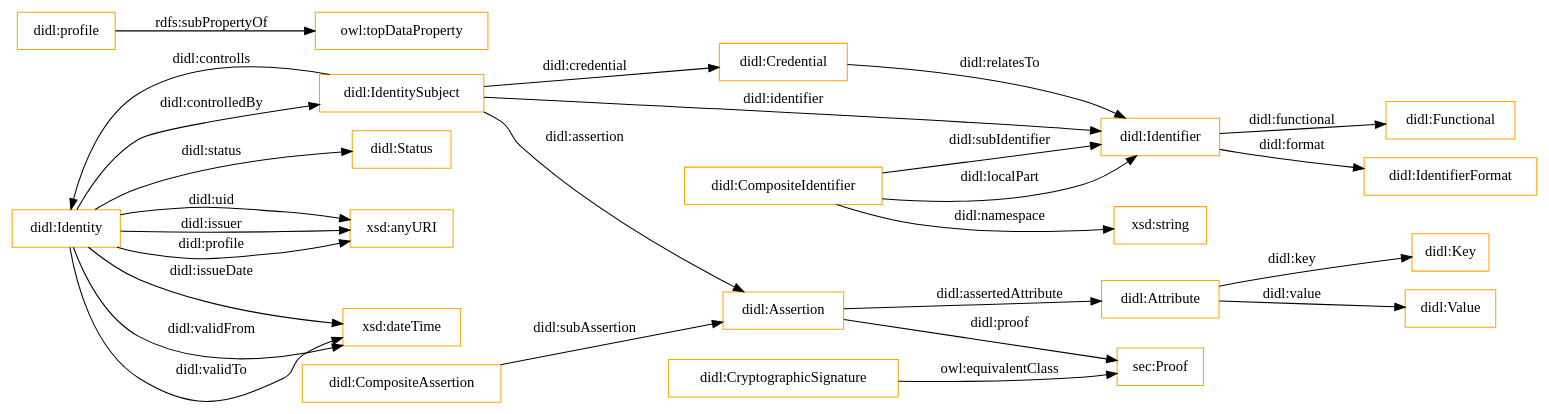
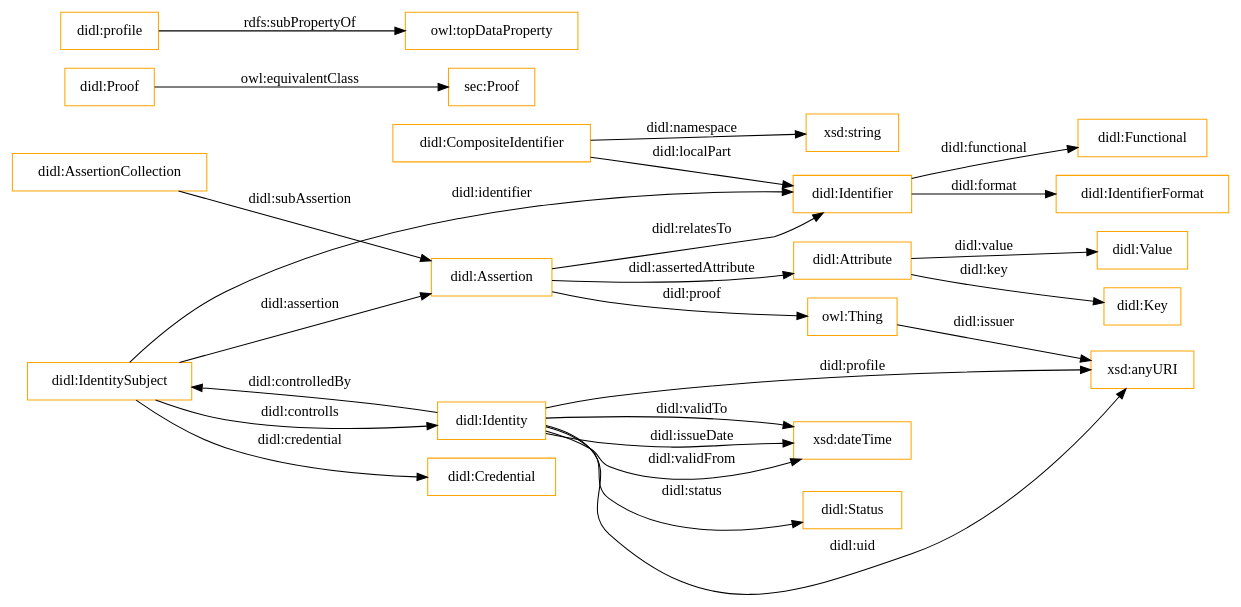
One commit to jiahang-chen/didl changed the diagram in OnToology/didl.ttl/diagrams/ar2dtool-class/didl.ttl.png.dot. Above: the diagram before and after it, drawn with Graphviz. The commit also changed 12 other files, not shown here.

```diff
--- a/OnToology/didl.ttl/diagrams/ar2dtool-class/didl.ttl.png.dot
+++ b/OnToology/didl.ttl/diagrams/ar2dtool-class/didl.ttl.png.dot
@@ -1,31 +1,30 @@
 digraph ar2dtool_diagram { 
 rankdir=LR;
 size="1501"
-node [shape = rectangle, color="orange"]; "didl:Identity" "sec:Proof" "didl:Identifier" "didl:CompositeAssertion" "didl:Functional" "didl:CompositeIdentifier" "didl:Key" "didl:IdentitySubject" "didl:Status" "didl:Assertion" "didl:Attribute" "didl:CryptographicSignature" "didl:Credential" "didl:IdentifierFormat" "didl:Value" ; /*classes style*/
-	"didl:CryptographicSignature" -> "sec:Proof" [ label = "owl:equivalentClass" ];
+node [shape = rectangle, color="orange"]; "didl:Attribute" "didl:CompositeIdentifier" "didl:Status" "sec:Proof" "didl:IdentifierFormat" "didl:Assertion" "didl:Key" "didl:Identity" "didl:Credential" "didl:IdentitySubject" "didl:Functional" "didl:Value" "didl:Proof" "didl:AssertionCollection" "didl:Identifier" ; /*classes style*/
+	"didl:Proof" -> "sec:Proof" [ label = "owl:equivalentClass" ];
 	"didl:profile" -> "owl:topDataProperty" [ label = "rdfs:subPropertyOf" ];
-	"didl:Identity" -> "xsd:anyURI" [ label = "didl:uid" ];
-	"didl:IdentitySubject" -> "didl:Identifier" [ label = "didl:identifier" ];
+	"didl:Assertion" -> "didl:Attribute" [ label = "didl:assertedAttribute" ];
+	"didl:AssertionCollection" -> "didl:Assertion" [ label = "didl:subAssertion" ];
+	"didl:Identity" -> "xsd:dateTime" [ label = "didl:validTo" ];
+	"didl:Identity" -> "didl:Status" [ label = "didl:status" ];
 	"didl:Identity" -> "xsd:dateTime" [ label = "didl:issueDate" ];
 	"didl:Attribute" -> "didl:Value" [ label = "didl:value" ];
-	"didl:Identifier" -> "didl:Functional" [ label = "didl:functional" ];
+	"didl:IdentitySubject" -> "didl:Identifier" [ label = "didl:identifier" ];
+	"didl:Assertion" -> "didl:Identifier" [ label = "didl:relatesTo" ];
+	"owl:Thing" -> "xsd:anyURI" [ label = "didl:issuer" ];
+	"didl:IdentitySubject" -> "didl:Identity" [ label = "didl:controlls" ];
+	"didl:Attribute" -> "didl:Key" [ label = "didl:key" ];
+	"didl:IdentitySubject" -> "didl:Assertion" [ label = "didl:assertion" ];
+	"didl:CompositeIdentifier" -> "xsd:string" [ label = "didl:namespace" ];
 	"didl:Identity" -> "didl:IdentitySubject" [ label = "didl:controlledBy" ];
 	"didl:Identifier" -> "didl:IdentifierFormat" [ label = "didl:format" ];
-	"didl:Identity" -> "didl:Status" [ label = "didl:status" ];
+	"didl:Identity" -> "xsd:anyURI" [ label = "didl:profile" ];
 	"didl:CompositeIdentifier" -> "didl:Identifier" [ label = "didl:localPart" ];
-	"didl:CompositeIdentifier" -> "xsd:string" [ label = "didl:namespace" ];
-	"didl:CompositeAssertion" -> "didl:Assertion" [ label = "didl:subAssertion" ];
-	"didl:Attribute" -> "didl:Key" [ label = "didl:key" ];
-	"didl:CompositeIdentifier" -> "didl:Identifier" [ label = "didl:subIdentifier" ];
-	"didl:Assertion" -> "didl:Attribute" [ label = "didl:assertedAttribute" ];
-	"didl:Identity" -> "xsd:anyURI" [ label = "didl:issuer" ];
 	"didl:Identity" -> "xsd:dateTime" [ label = "didl:validFrom" ];
-	"didl:Identity" -> "xsd:anyURI" [ label = "didl:profile" ];
-	"didl:IdentitySubject" -> "didl:Identity" [ label = "didl:controlls" ];
-	"didl:Credential" -> "didl:Identifier" [ label = "didl:relatesTo" ];
 	"didl:IdentitySubject" -> "didl:Credential" [ label = "didl:credential" ];
-	"didl:IdentitySubject" -> "didl:Assertion" [ label = "didl:assertion" ];
-	"didl:Identity" -> "xsd:dateTime" [ label = "didl:validTo" ];
-	"didl:Assertion" -> "sec:Proof" [ label = "didl:proof" ];
+	"didl:Identifier" -> "didl:Functional" [ label = "didl:functional" ];
+	"didl:Assertion" -> "owl:Thing" [ label = "didl:proof" ];
+	"didl:Identity" -> "xsd:anyURI" [ label = "didl:uid" ];
 
 }
```
